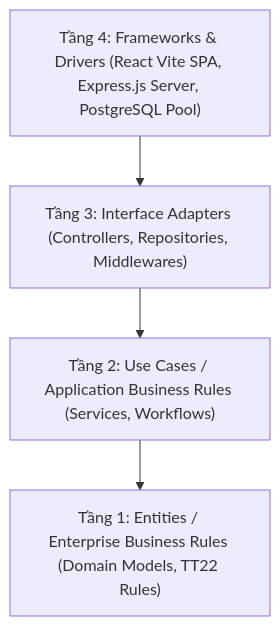
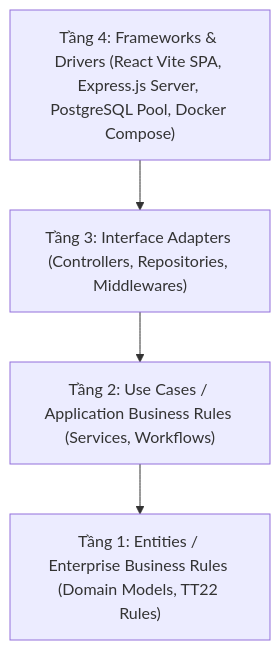
One commit to DYBInh2k5/Phat-Trien-Du-An-Phan-Mem changed the diagram in Report_Slide/report.md. Above: the diagram before and after it, drawn with Mermaid. The commit also changed other lines of this file and 1 other file, not shown here.

````diff
--- a/Report_Slide/report.md
+++ b/Report_Slide/report.md
@@ -103,11 +105,11 @@
 ```mermaid
 graph TD
-    UI["Tầng 4: Frameworks & Drivers (React Vite SPA, Express.js Server, PostgreSQL Pool)"]
+    UI["Tầng 4: Frameworks & Drivers (React Vite SPA, Express.js Server, PostgreSQL Pool, Docker Compose)"]
     Controllers["Tầng 3: Interface Adapters (Controllers, Repositories, Middlewares)"]
     UseCases["Tầng 2: Use Cases / Application Business Rules (Services, Workflows)"]
     Entities["Tầng 1: Entities / Enterprise Business Rules (Domain Models, TT22 Rules)"]
     
     UI --> Controllers
     Controllers --> UseCases
     UseCases --> Entities
 ```
````
